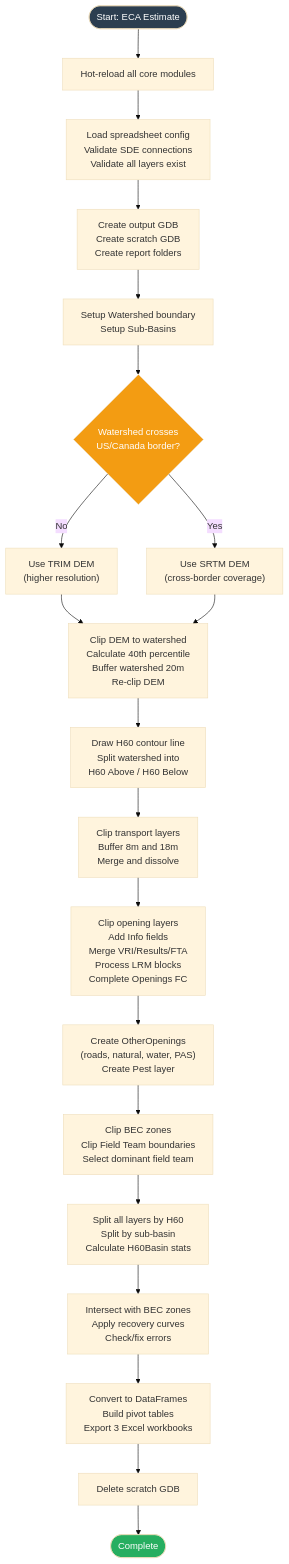
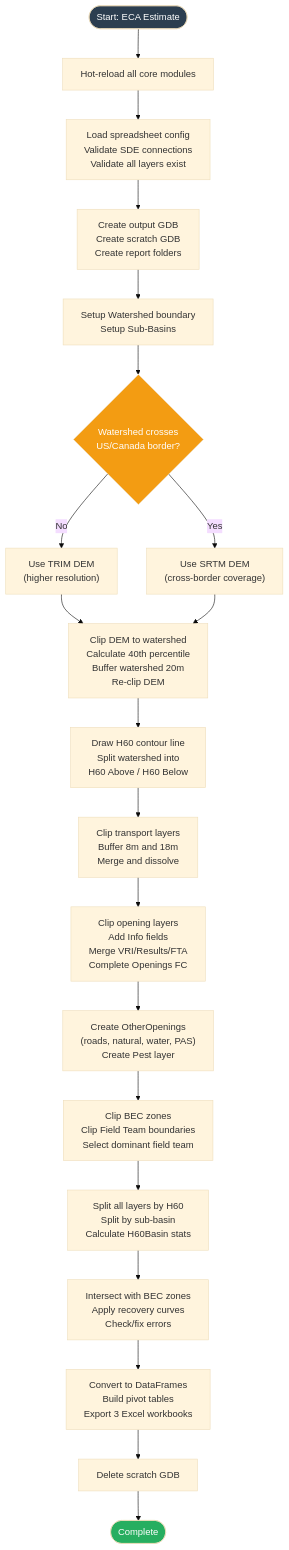
One commit to arkenmap-com/ECA changed the fourth of 14 diagrams in README.md. Above: the diagram before and after it, drawn with Mermaid (base theme). The commit also changed other lines of this file and 71 other files, not shown here.

````diff
--- a/README.md
+++ b/README.md
@@ -215,26 +221,26 @@
 ```mermaid
 flowchart TD
     START(["Start: ECA Estimate"]) --> RELOAD["Hot-reload all core modules"]
     RELOAD --> LOAD["Load spreadsheet config<br/>Validate SDE connections<br/>Validate all layers exist"]
     LOAD --> WORKSPACE["Create output GDB<br/>Create scratch GDB<br/>Create report folders"]
     WORKSPACE --> WATERSHED["Setup Watershed boundary<br/>Setup Sub-Basins"]
     WATERSHED --> BORDER{"Watershed crosses<br/>US/Canada border?"}
     BORDER -->|No| TRIM["Use TRIM DEM<br/>(higher resolution)"]
     BORDER -->|Yes| SRTM["Use SRTM DEM<br/>(cross-border coverage)"]
     TRIM --> DEM_PROC["Clip DEM to watershed<br/>Calculate 40th percentile<br/>Buffer watershed 20m<br/>Re-clip DEM"]
     SRTM --> DEM_PROC
     DEM_PROC --> H60["Draw H60 contour line<br/>Split watershed into<br/>H60 Above / H60 Below"]
     H60 --> TRANSPORT["Clip transport layers<br/>Buffer 8m and 18m<br/>Merge and dissolve"]
-    TRANSPORT --> OPENINGS["Clip opening layers<br/>Add Info fields<br/>Merge VRI/Results/FTA<br/>Process LRM blocks<br/>Complete Openings FC"]
+    TRANSPORT --> OPENINGS["Clip opening layers<br/>Add Info fields<br/>Merge VRI/Results/FTA<br/>Complete Openings FC"]
     OPENINGS --> OTHER["Create OtherOpenings<br/>(roads, natural, water, PAS)<br/>Create Pest layer"]
     OTHER --> BEC["Clip BEC zones<br/>Clip Field Team boundaries<br/>Select dominant field team"]
     BEC --> SPLITS["Split all layers by H60<br/>Split by sub-basin<br/>Calculate H60Basin stats"]
     SPLITS --> RECOVERY["Intersect with BEC zones<br/>Apply recovery curves<br/>Check/fix errors"]
     RECOVERY --> REPORTS["Convert to DataFrames<br/>Build pivot tables<br/>Export 3 Excel workbooks"]
     REPORTS --> CLEANUP["Delete scratch GDB"]
     CLEANUP --> DONE(["Complete"])
 
     style START fill:#2c3e50,color:#fff
     style DONE fill:#27ae60,color:#fff
     style BORDER fill:#f39c12,color:#fff
 ```
````
